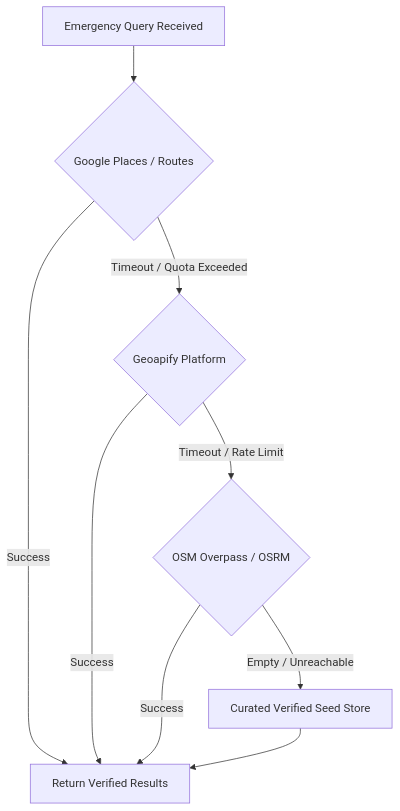
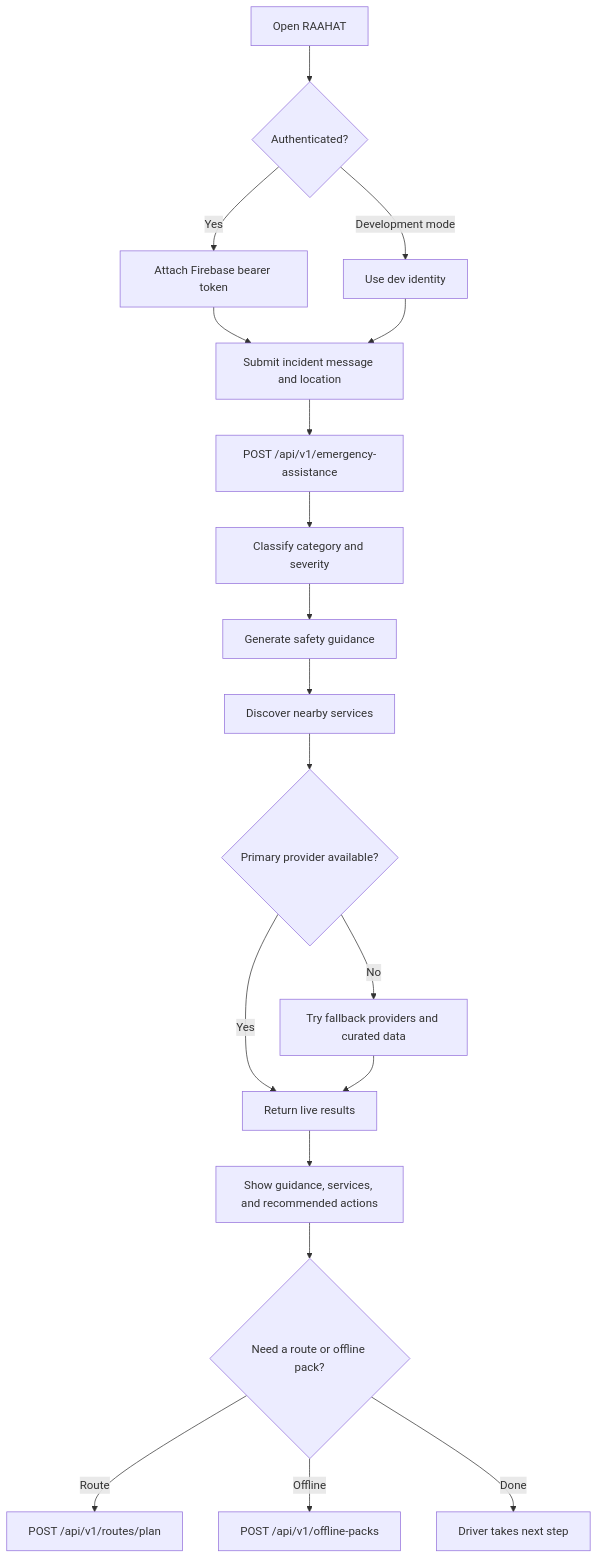
One commit to Santoshray-27/raahat-ai changed the second of 2 diagrams in README.md. Above: the diagram before and after it, drawn with Mermaid. The commit also changed other lines of this file, not shown here.

````diff
--- a/README.md
+++ b/README.md
@@ -167,11 +105,21 @@
 ```mermaid
-graph TD
-    A[Emergency Query Received] --> B{Google Places / Routes}
-    B -- Success --> Z[Return Verified Results]
-    B -- Timeout / Quota Exceeded --> C{Geoapify Platform}
-    C -- Success --> Z
-    C -- Timeout / Rate Limit --> D{OSM Overpass / OSRM}
-    D -- Success --> Z
-    D -- Empty / Unreachable --> E[Curated Verified Seed Store]
-    E --> Z
+flowchart TD
+    A[Open RAAHAT] --> B{Authenticated?}
+    B -- Yes --> C[Attach Firebase bearer token]
+    B -- Development mode --> D[Use dev identity]
+    C --> E[Submit incident message and location]
+    D --> E
+    E --> F[POST /api/v1/emergency-assistance]
+    F --> G[Classify category and severity]
+    G --> H[Generate safety guidance]
+    H --> I[Discover nearby services]
+    I --> J{Primary provider available?}
+    J -- Yes --> K[Return live results]
+    J -- No --> L[Try fallback providers and curated data]
+    L --> K
+    K --> N[Show guidance, services, and recommended actions]
+    N --> O{Need a route or offline pack?}
+    O -- Route --> P[POST /api/v1/routes/plan]
+    O -- Offline --> Q[POST /api/v1/offline-packs]
+    O -- Done --> R[Driver takes next step]
 ```
````
